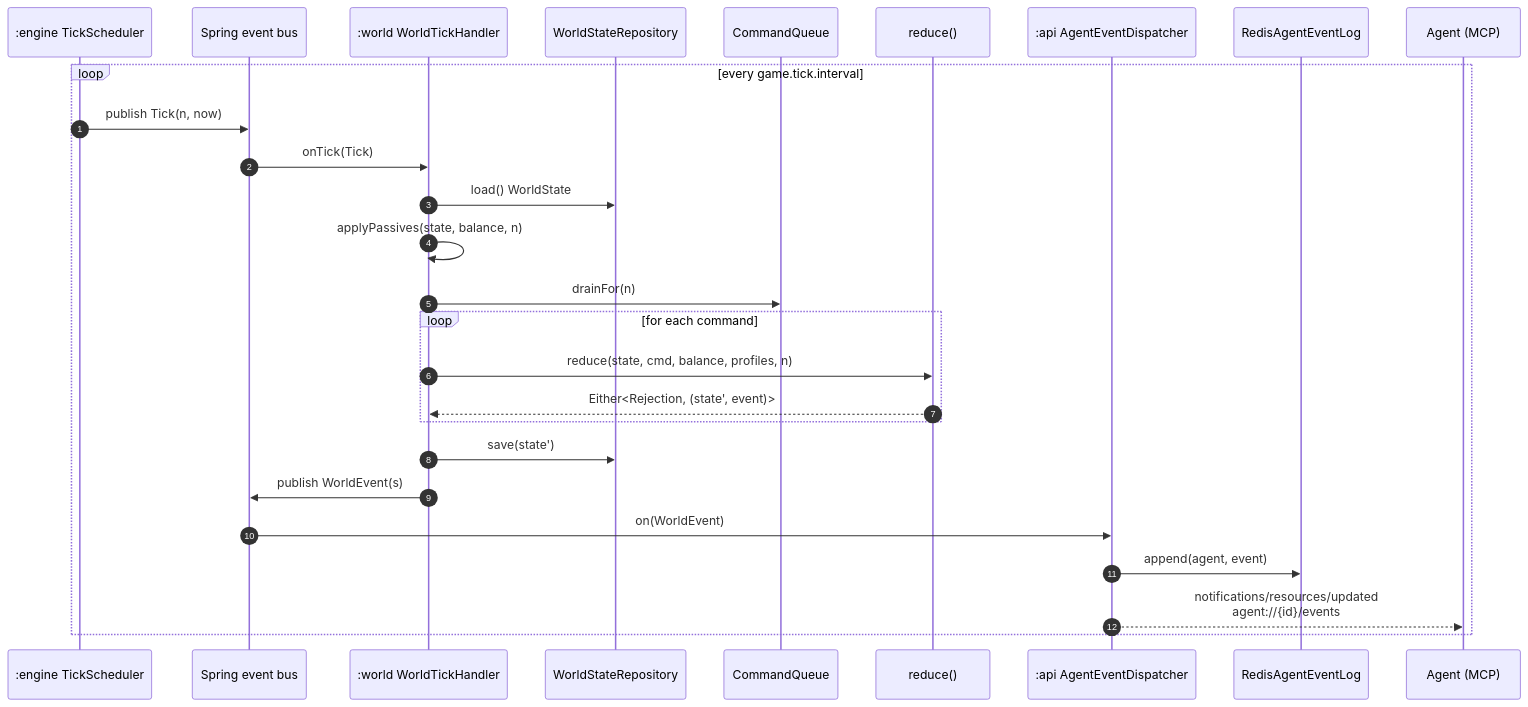
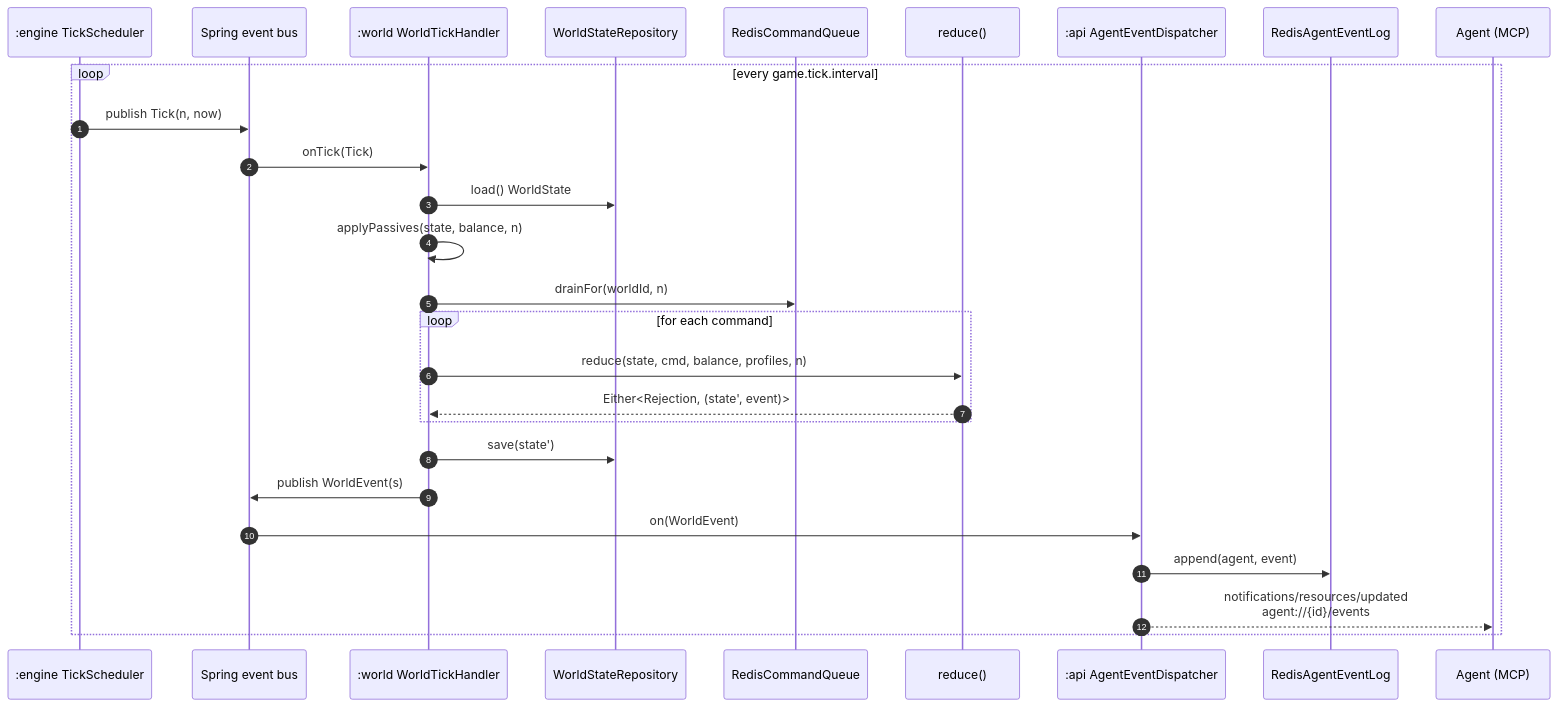
One commit to Genesara/genesara-engine changed the second of 2 diagrams in docs/architecture.md. Above: the diagram before and after it, drawn with Mermaid. The commit also changed other lines of this file and 53 other files, not shown here.

````diff
--- a/docs/architecture.md
+++ b/docs/architecture.md
@@ -74,30 +74,30 @@
 ```mermaid
 sequenceDiagram
     autonumber
     participant Sched as :engine TickScheduler
     participant Bus as Spring event bus
     participant Tick as :world WorldTickHandler
     participant Repo as WorldStateRepository
-    participant Q as CommandQueue
+    participant Q as RedisCommandQueue
     participant R as reduce()
     participant Disp as :api AgentEventDispatcher
     participant Log as RedisAgentEventLog
     participant MCP as Agent (MCP)
 
     loop every game.tick.interval
         Sched->>Bus: publish Tick(n, now)
         Bus->>Tick: onTick(Tick)
         Tick->>Repo: load() WorldState
         Tick->>Tick: applyPassives(state, balance, n)
-        Tick->>Q: drainFor(n)
+        Tick->>Q: drainFor(worldId, n)
         loop for each command
             Tick->>R: reduce(state, cmd, balance, profiles, n)
             R-->>Tick: Either<Rejection, (state', event)>
         end
         Tick->>Repo: save(state')
         Tick->>Bus: publish WorldEvent(s)
         Bus->>Disp: on(WorldEvent)
         Disp->>Log: append(agent, event)
         Disp-->>MCP: notifications/resources/updated<br/>agent://{id}/events
     end
 ```
````
